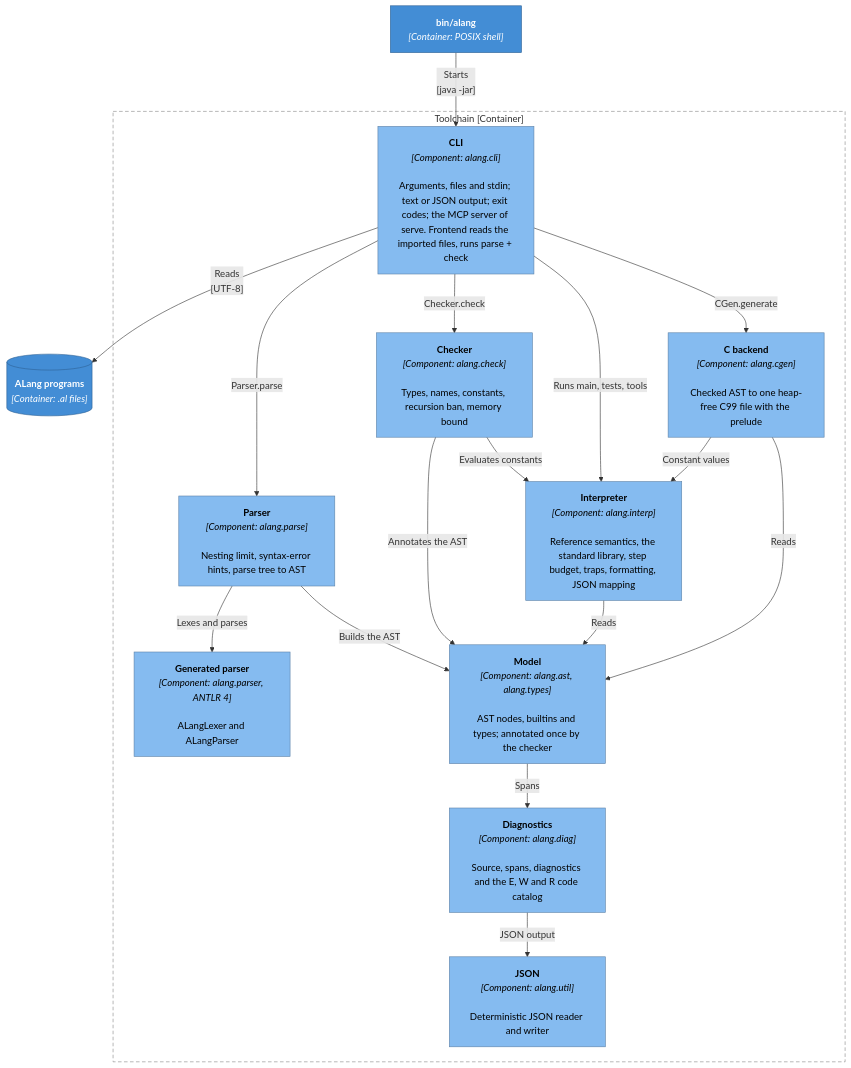
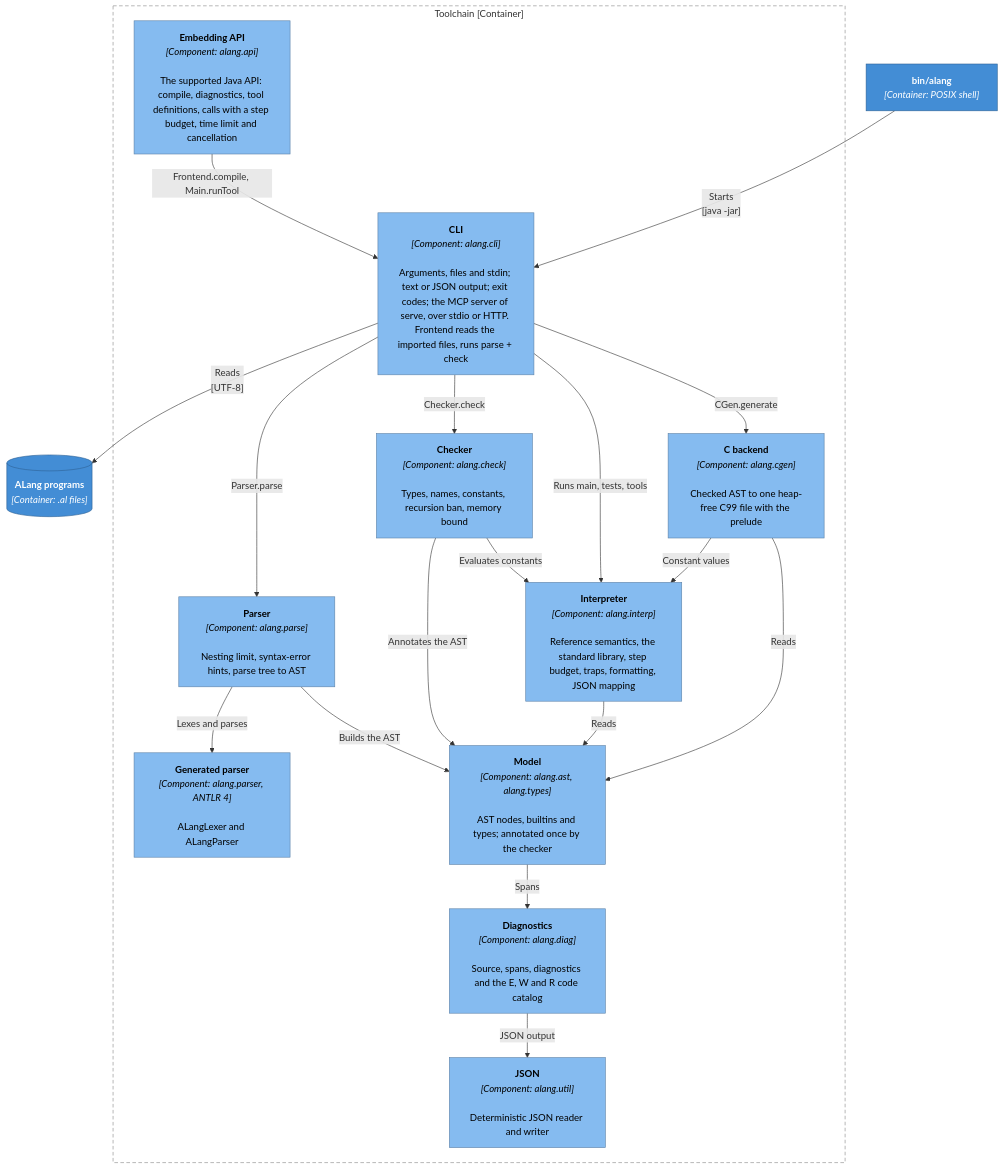
One commit to adamw7/alang changed the third of 4 diagrams in docs/ARCHITECTURE.md. Above: the diagram before and after it, drawn with Mermaid. The commit also changed other lines of this file and 24 other files, not shown here.

First line of the commit message:
Add a public Java embedding API and an HTTP transport for serve

````diff
--- a/docs/ARCHITECTURE.md
+++ b/docs/ARCHITECTURE.md
@@ -94,39 +94,41 @@
 ```mermaid
 flowchart TB
     launcher["<b>bin/alang</b><br/><i>[Container: POSIX shell]</i>"]
     programs[("<b>ALang programs</b><br/><i>[Container: .al files]</i>")]
 
     subgraph jar ["Toolchain [Container]"]
-        cli["<b>CLI</b><br/><i>[Component: alang.cli]</i><br/><br/>Arguments, files and stdin; text or JSON output; exit codes; the MCP server of serve. Frontend reads the imported files, runs parse + check"]
+        api["<b>Embedding API</b><br/><i>[Component: alang.api]</i><br/><br/>The supported Java API: compile, diagnostics, tool definitions, calls with a step budget, time limit and cancellation"]
+        cli["<b>CLI</b><br/><i>[Component: alang.cli]</i><br/><br/>Arguments, files and stdin; text or JSON output; exit codes; the MCP server of serve, over stdio or HTTP. Frontend reads the imported files, runs parse + check"]
         parse["<b>Parser</b><br/><i>[Component: alang.parse]</i><br/><br/>Nesting limit, syntax-error hints, parse tree to AST"]
         check["<b>Checker</b><br/><i>[Component: alang.check]</i><br/><br/>Types, names, constants, recursion ban, memory bound"]
         interp["<b>Interpreter</b><br/><i>[Component: alang.interp]</i><br/><br/>Reference semantics, the standard library, step budget, traps, formatting, JSON mapping"]
         cgen["<b>C backend</b><br/><i>[Component: alang.cgen]</i><br/><br/>Checked AST to one heap-free C99 file with the prelude"]
         gen["<b>Generated parser</b><br/><i>[Component: alang.parser, ANTLR 4]</i><br/><br/>ALangLexer and ALangParser"]
         model["<b>Model</b><br/><i>[Component: alang.ast, alang.types]</i><br/><br/>AST nodes, builtins and types; annotated once by the checker"]
         diag["<b>Diagnostics</b><br/><i>[Component: alang.diag]</i><br/><br/>Source, spans, diagnostics and the E, W and R code catalog"]
         util["<b>JSON</b><br/><i>[Component: alang.util]</i><br/><br/>Deterministic JSON reader and writer"]
     end
 
     launcher -- "Starts<br/>[java -jar]" --> cli
+    api -- "Frontend.compile, Main.runTool" --> cli
     cli -- "Reads<br/>[UTF-8]" --> programs
     cli -- "Parser.parse" --> parse
     cli -- "Checker.check" --> check
     cli -- "Runs main, tests, tools" --> interp
     cli -- "CGen.generate" --> cgen
     parse -- "Lexes and parses" --> gen
     parse -- "Builds the AST" --> model
     check -- "Annotates the AST" --> model
     check -- "Evaluates constants" --> interp
     cgen -- "Constant values" --> interp
     cgen -- "Reads" --> model
     interp -- "Reads" --> model
     model -- "Spans" --> diag
     diag -- "JSON output" --> util
 
     classDef container fill:#438dd5,stroke:#2e6295,color:#fff
     classDef component fill:#85bbf0,stroke:#5d82a8,color:#000
     class launcher,programs container
-    class cli,parse,check,interp,cgen,gen,model,diag,util component
+    class api,cli,parse,check,interp,cgen,gen,model,diag,util component
     style jar fill:none,stroke:#888,stroke-dasharray:6 4
 ```
````
